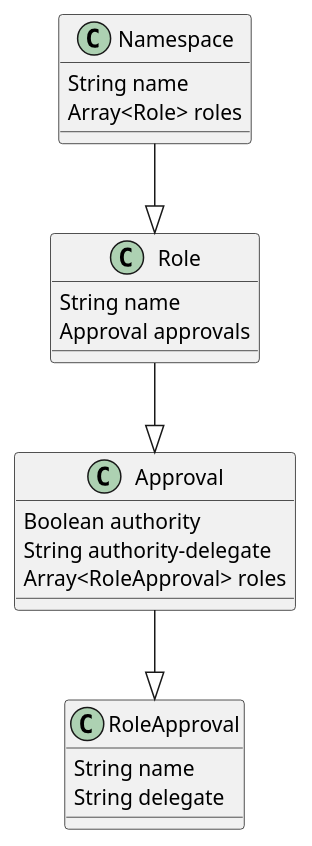
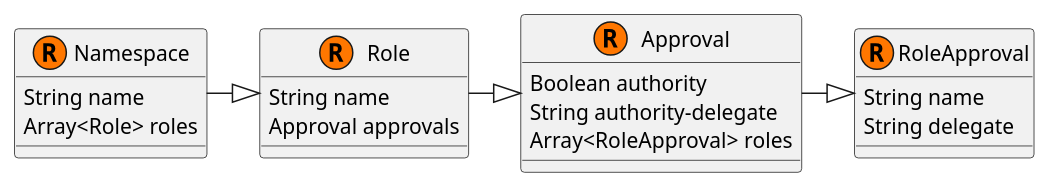
One commit to energywebfoundation/ew-did-registry changed the first of 3 diagrams in docs/did-authorization.md. Above: the diagram before and after it, drawn with PlantUML. The commit also changed other lines of this file and 1 other file, not shown here.

````diff
--- a/docs/did-authorization.md
+++ b/docs/did-authorization.md
@@ -73,29 +73,29 @@
 ```plantuml
 @startuml
 
-Namespace --|> Role
-Role --|> Approval
-Approval --|> RoleApproval
+Namespace -right--|> Role
+Role -right--|> Approval
+Approval -right--|> RoleApproval
 
-class Namespace {
+class Namespace <<(R,#FF7700)>> {
     String name
     Array<Role> roles
 }
 
-class Role {
+class Role <<(R,#FF7700)>> {
     String name
     Approval approvals
 }
 
-class Approval {
+class Approval <<(R,#FF7700)>> {
     Boolean authority
     String authority-delegate
     Array<RoleApproval> roles
 }
 
-class RoleApproval {
+class RoleApproval <<(R,#FF7700)>> {
     String name
     String delegate
 }
 @enduml
 ```
````
